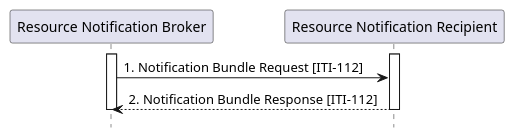
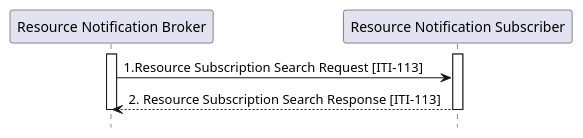
The diagram in input/images-source/ITI-112-Notification-seq.plantuml (IHE/ITI.DSUBm), drawn with PlantUML before and after one commit. The commit also changed 1 other file, not shown here.

Commit message:
fix iti-112 .svg file

```diff
--- a/input/images-source/ITI-112-Notification-seq.plantuml
+++ b/input/images-source/ITI-112-Notification-seq.plantuml
@@ -1,14 +1,14 @@
 @startuml
 hide footbox
 
-participant "Resource Notification Broker" as Broker
-participant "Resource Notification Recipient" as Recipient
+participant "Resource Notification Broker" as  Broker
+participant "Resource Notification Subscriber" as  Subscriber
+
 activate Broker
-activate Recipient
-Broker -> Recipient : 1. Notification Bundle Request [ITI-112]
-Recipient --> Broker : 2. Notification Bundle Response [ITI-112]
-deactivate Recipient
+activate Subscriber
+Broker -> Subscriber : 1.Resource Subscription Search Request [ITI-113]
+Subscriber --> Broker : 2. Resource Subscription Search Response [ITI-113]
+deactivate Subscriber
 deactivate Broker
 
-
 @enduml
```
